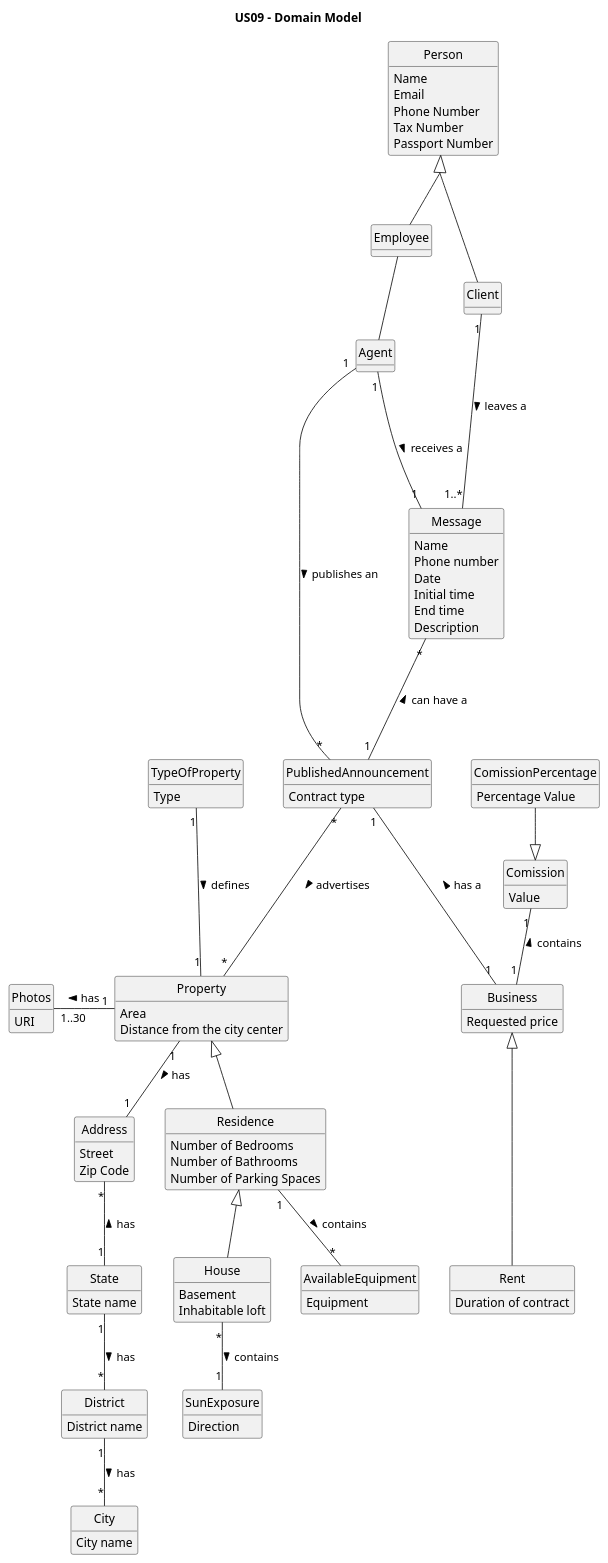
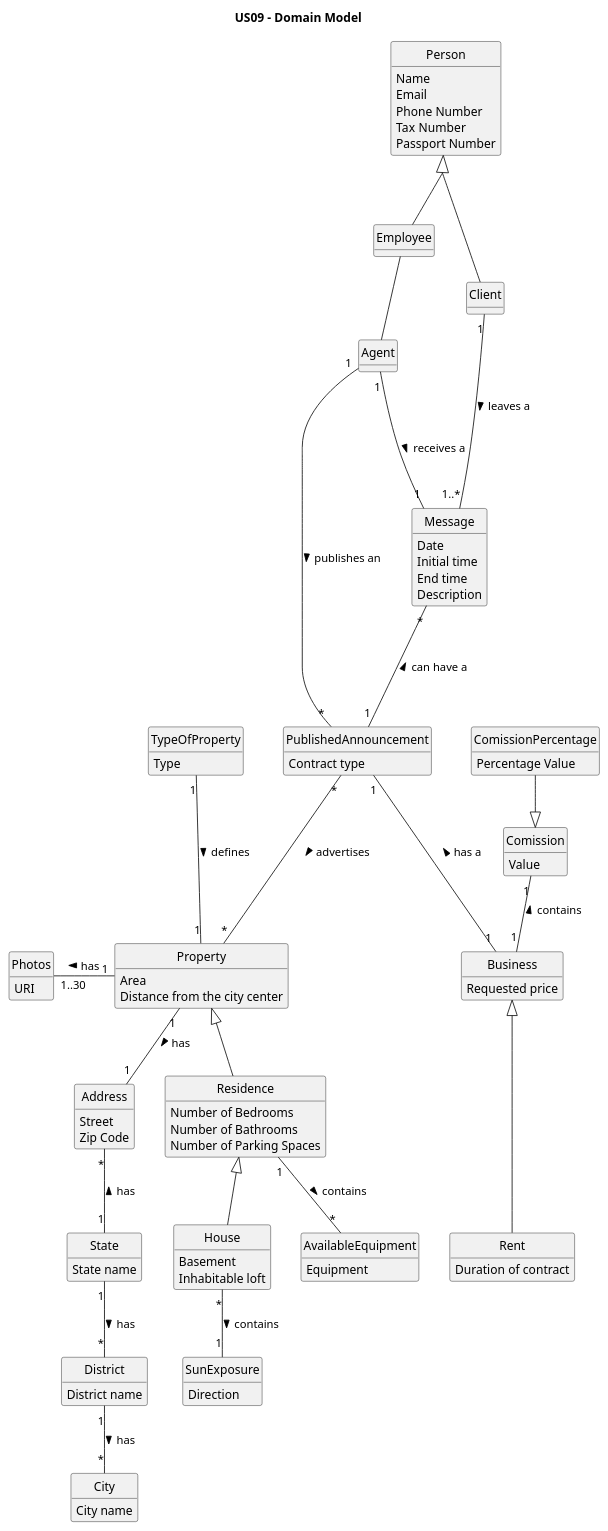
Before and after one commit to PureNimble/ISEP-LAPR2: the diagram in docs/sprintD/US09/02.analysis/puml/us09-domain-model.puml, drawn with PlantUML. The commit also changed 6 other files, not shown here.

```diff
--- a/docs/sprintD/US09/02.analysis/puml/us09-domain-model.puml
+++ b/docs/sprintD/US09/02.analysis/puml/us09-domain-model.puml
@@ -1,151 +1,149 @@
 @startuml
 
 skinparam groupInheritance 2
 skinparam monochrome true
 skinparam packageStyle rectangle
 skinparam shadowing false
 'skinparam linetype ortho
 'left to right direction
 skinparam classAttributeIconSize 0
 hide circle
 hide methods
 
 title US09 - Domain Model
 
 class Address {
     Street
     Zip Code
 }
 
 class Person{
 Name
 Email
 Phone Number
 Tax Number
 Passport Number
 }
 
 class Employee{
 }
 class Comission {
 Value
 }
 '/
 
 class ComissionPercentage {
 Percentage Value
 }
 
 class City {
     City name
 }
 
 class District {
     District name
 }
 
 class State {
     State name
 }
 
 State "1" -down- "*" District: has >
 District "1" -down- "*" City: has >
 Address "*" -down- "1" State: has <
 
 
 class Client {
 
 }
 
 
 class Residence {
     Number of Bedrooms
     Number of Bathrooms
     Number of Parking Spaces
 }
 
 class Property {
     Area
     Distance from the city center
 }
 
 class TypeOfProperty{
     Type
 }
 
 class Photos {
     URI
 }
 
 class House {
     Basement
     Inhabitable loft
 }
 
 class SunExposure {
     Direction
 }
 
 class AvailableEquipment {
     Equipment
 }
 
 Residence <|-down- House
 Property <|-down- Residence
 Property "1" -left-- "1..30" Photos: has >
 SunExposure "1" -up- "*" House: contains <
 Address "1" -up- "1" Property: has <
 AvailableEquipment "*" -up- "1" Residence: contains <
 TypeOfProperty "1" -down-- "1" Property: defines >
 
 
 class Rent {
     Duration of contract
 }
 
 class Business {
     Requested price
 }
 
 class PublishedAnnouncement {
     Contract type
 }
 
 
 PublishedAnnouncement "*" --- "*" Property: advertises >
 PublishedAnnouncement "1" --- "1" Business: has a <
 Business <|--- Rent
 
 class Message{
-    Name
-    Phone number
     Date
     Initial time
     End time
     Description
 }
 
 class Agent{
 }
 
 
 
 Message "*" --- "1" PublishedAnnouncement: can have a <
 Client "1" --- "1..*" Message: leaves a >
 Agent "1" --- "1" Message: receives a >
 Agent "1" --- "*" PublishedAnnouncement: publishes an >
 
 Person <|-- Employee
 Employee -- Agent
 Person <|-- Client
 
 
 Comission "1" -- "1" Business : contains <
 ComissionPercentage  --|> Comission
 
 
 
 
 
 
 @enduml
```
